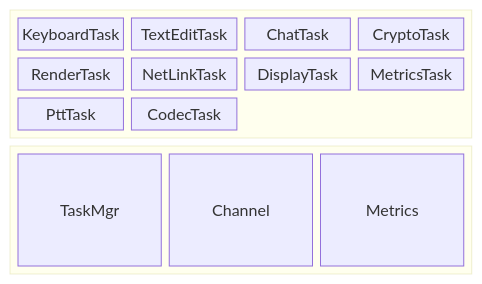
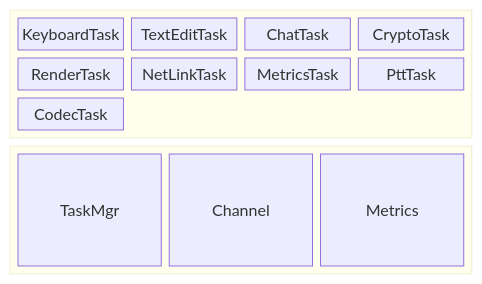
One commit to fluffy/bare-rust changed the first of 6 diagrams in Architecture.md. Above: the diagram before and after it, drawn with Mermaid. The commit also changed other lines of this file and 4 other files, not shown here.

Commit message:
remove display task

````diff
--- a/Architecture.md
+++ b/Architecture.md
@@ -27,23 +27,22 @@
 ```mermaid
 block-beta
     columns 1
     block: BSP:1
         columns 4
         KeyboardTask
         TextEditTask
         ChatTask
         CryptoTask
         RenderTask
         NetLinkTask
-        DisplayTask
         MetricsTask
       PttTask
       CodecTask
     end
     block: base:1
         columns 4
         TaskMgr
         Channel
         Metrics
     end
 ```
````
